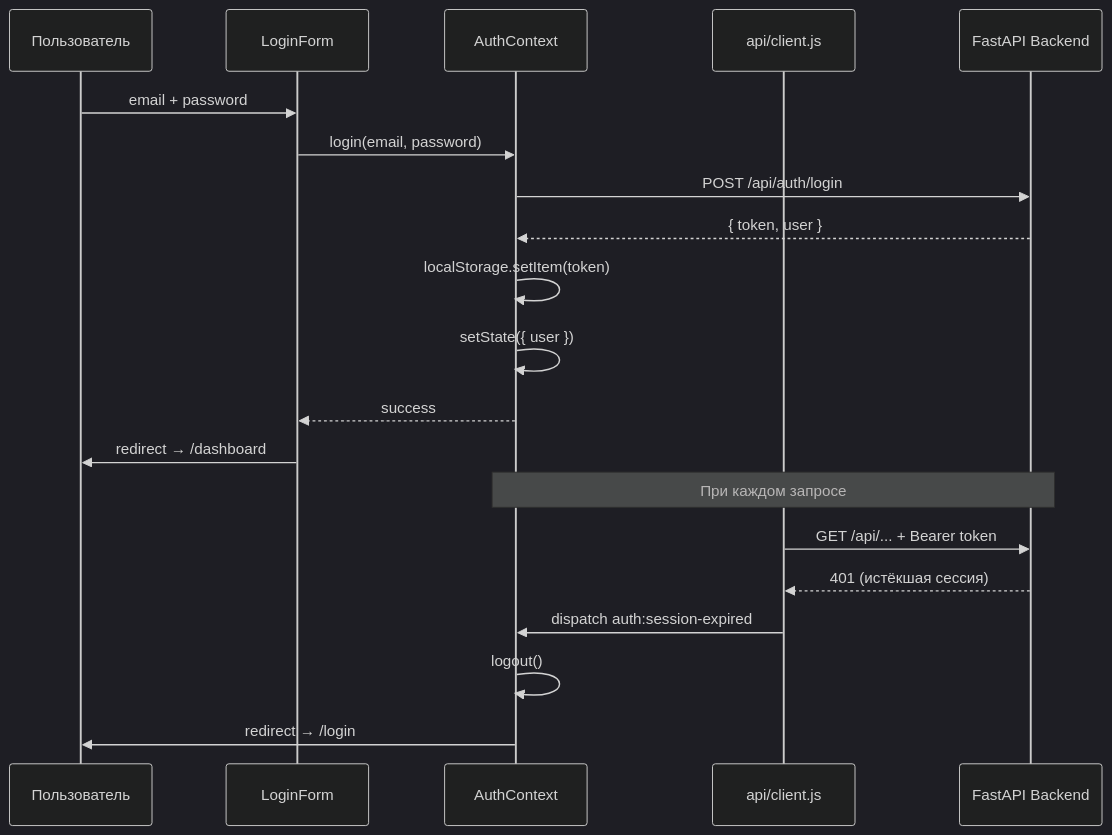
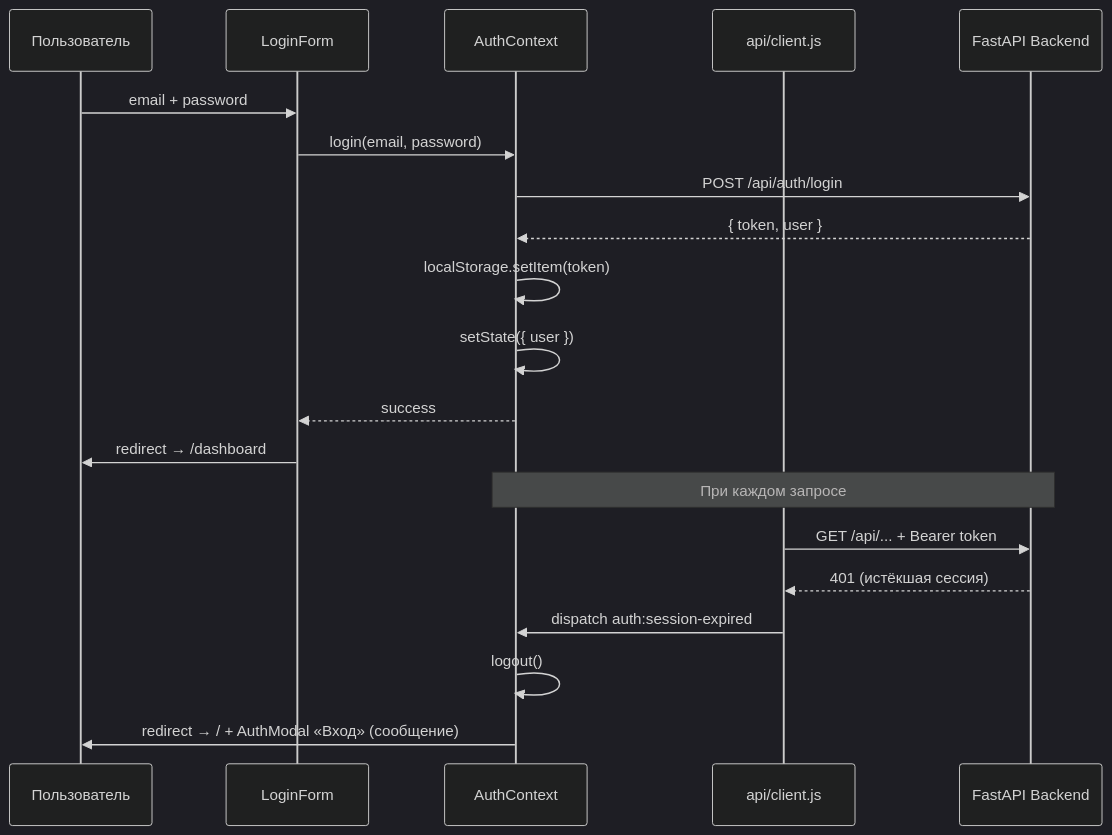
The fourth of 7 diagrams in mindcare_web/DIAGRAM.md (i-pereyaslovskiy04/mindcare), drawn with Mermaid (dark theme) before and after one commit. The commit also changed other lines of this file and 60 other files, not shown here.

````diff
--- a/mindcare_web/DIAGRAM.md
+++ b/mindcare_web/DIAGRAM.md
@@ -113,24 +113,24 @@
 ```mermaid
 sequenceDiagram
     participant U as Пользователь
     participant F as LoginForm
     participant AC as AuthContext
     participant API as api/client.js
     participant BE as FastAPI Backend
 
     U->>F: email + password
     F->>AC: login(email, password)
     AC->>BE: POST /api/auth/login
     BE-->>AC: { token, user }
     AC->>AC: localStorage.setItem(token)
     AC->>AC: setState({ user })
     AC-->>F: success
     F->>U: redirect → /dashboard
 
     note over AC,BE: При каждом запросе
     API->>BE: GET /api/... + Bearer token
     BE-->>API: 401 (истёкшая сессия)
     API->>AC: dispatch auth:session-expired
     AC->>AC: logout()
-    AC->>U: redirect → /login
+    AC->>U: redirect → / + AuthModal «Вход» (сообщение)
 ```
````
